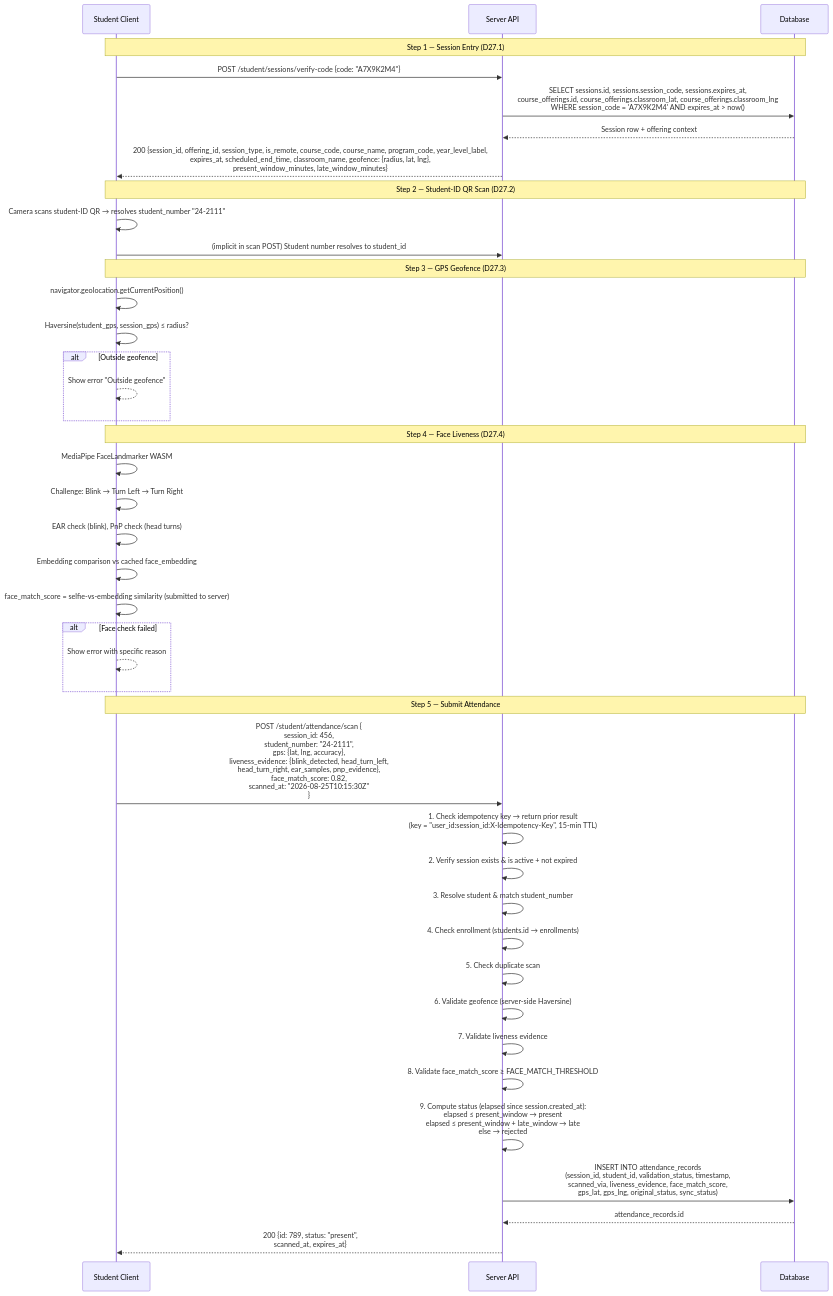
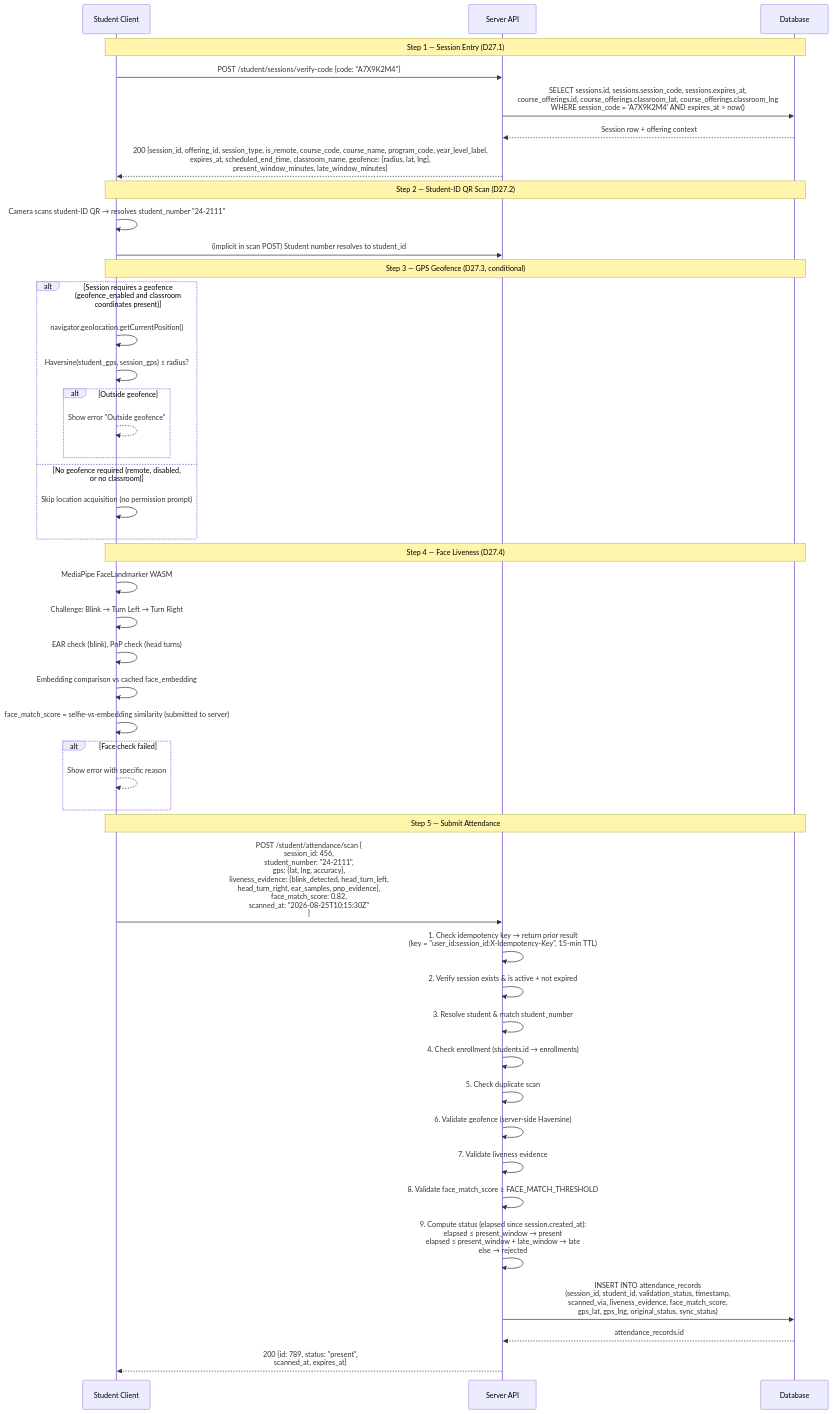
The first of 7 diagrams in docs/architecture/data-flow.md (dhenji/qr_based_attendance_system), drawn with Mermaid before and after one commit. The commit also changed 7 other files, not shown here.

First line of the commit message:
fix(scan): skip location permission when geofence is not required (#327)

````diff
--- a/docs/architecture/data-flow.md
+++ b/docs/architecture/data-flow.md
@@ -10,57 +10,61 @@
 ```mermaid
 sequenceDiagram
     participant S as Student Client
     participant API as Server API
     participant DB as Database
 
     Note over S,DB: Step 1 — Session Entry (D27.1)
 
     S->>API: POST /student/sessions/verify-code {code: "A7X9K2M4"}
     API->>DB: SELECT sessions.id, sessions.session_code, sessions.expires_at,<br>course_offerings.id, course_offerings.classroom_lat, course_offerings.classroom_lng<br>WHERE session_code = 'A7X9K2M4' AND expires_at > now()
     DB-->>API: Session row + offering context
     API-->>S: 200 {session_id, offering_id, session_type, is_remote, course_code, course_name, program_code, year_level_label,<br>expires_at, scheduled_end_time, classroom_name, geofence: {radius, lat, lng},<br>present_window_minutes, late_window_minutes}
 
     Note over S,DB: Step 2 — Student-ID QR Scan (D27.2)
 
     S->>S: Camera scans student-ID QR → resolves student_number "24-2111"
     S->>API: (implicit in scan POST) Student number resolves to student_id
 
-    Note over S,DB: Step 3 — GPS Geofence (D27.3)
+    Note over S,DB: Step 3 — GPS Geofence (D27.3, conditional)
 
-    S->>S: navigator.geolocation.getCurrentPosition()
-    S->>S: Haversine(student_gps, session_gps) ≤ radius?
-    alt Outside geofence
-        S-->>S: Show error "Outside geofence"
+    alt Session requires a geofence (geofence_enabled and classroom coordinates present)
+        S->>S: navigator.geolocation.getCurrentPosition()
+        S->>S: Haversine(student_gps, session_gps) ≤ radius?
+        alt Outside geofence
+            S-->>S: Show error "Outside geofence"
+        end
+    else No geofence required (remote, disabled, or no classroom)
+        S->>S: Skip location acquisition (no permission prompt)
     end
 
     Note over S,DB: Step 4 — Face Liveness (D27.4)
 
     S->>S: MediaPipe FaceLandmarker WASM
     S->>S: Challenge: Blink → Turn Left → Turn Right
     S->>S: EAR check (blink), PnP check (head turns)
     S->>S: Embedding comparison vs cached face_embedding
     S->>S: face_match_score = selfie-vs-embedding similarity (submitted to server)
     alt Face check failed
         S-->>S: Show error with specific reason
     end
 
     Note over S,DB: Step 5 — Submit Attendance
 
     S->>API: POST /student/attendance/scan {<br>session_id: 456,<br>student_number: "24-2111",<br>gps: {lat, lng, accuracy},<br>liveness_evidence: {blink_detected, head_turn_left,<br>head_turn_right, ear_samples, pnp_evidence},<br>face_match_score: 0.82,<br>scanned_at: "2026-08-25T10:15:30Z"<br>}
 
     API->>API: 1. Check idempotency key → return prior result<br>(key = "user_id:session_id:X-Idempotency-Key", 15-min TTL)
     API->>API: 2. Verify session exists & is active + not expired
     API->>API: 3. Resolve student & match student_number
     API->>API: 4. Check enrollment (students.id → enrollments)
     API->>API: 5. Check duplicate scan
     API->>API: 6. Validate geofence (server-side Haversine)
     API->>API: 7. Validate liveness evidence
     API->>API: 8. Validate face_match_score ≥ FACE_MATCH_THRESHOLD
 
     API->>API: 9. Compute status (elapsed since session.created_at):<br>elapsed ≤ present_window → present<br>elapsed ≤ present_window + late_window → late<br>else → rejected
 
     API->>DB: INSERT INTO attendance_records<br>(session_id, student_id, validation_status, timestamp,<br>scanned_via, liveness_evidence, face_match_score,<br>gps_lat, gps_lng, original_status, sync_status)
     DB-->>API: attendance_records.id
 
     API-->>S: 200 {id: 789, status: "present",<br>scanned_at, expires_at}
 ```
````
